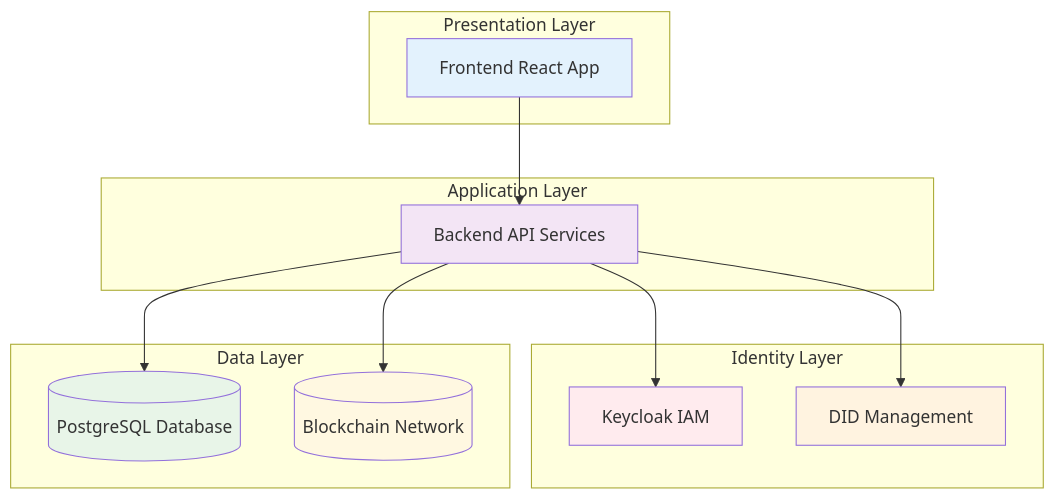
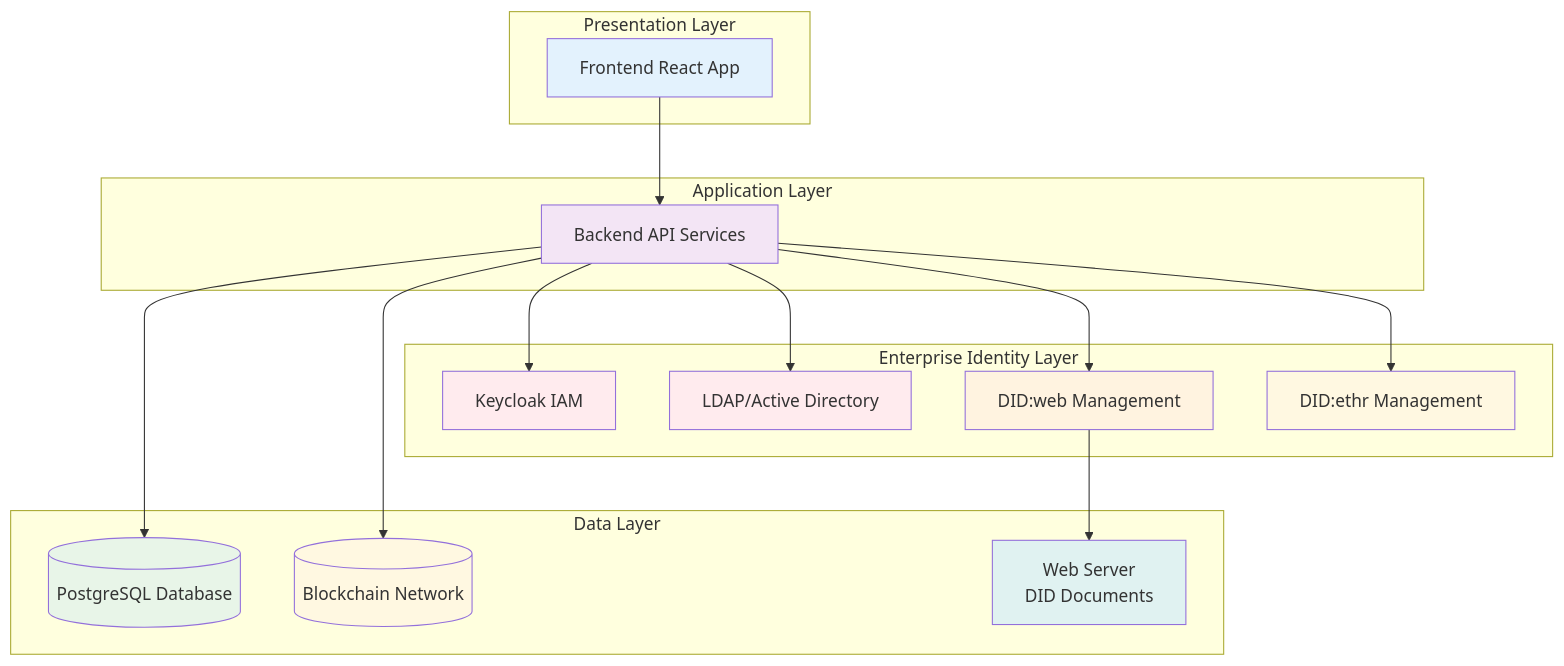
One commit to gitmujoshi/Confidential-AI-Network changed the first of 25 diagrams in ARCHITECTURE_GUIDE.md. Above: the diagram before and after it, drawn with Mermaid. The commit also changed other lines of this file and 18 other files, not shown here.

Commit message:
docs: update all architecture and IAM docs for enterprise did:web strategy, add enterprise implementation guide

````diff
--- a/ARCHITECTURE_GUIDE.md
+++ b/ARCHITECTURE_GUIDE.md
@@ -32,33 +35,42 @@
 ```mermaid
 graph TB
     subgraph "Presentation Layer"
         FE[Frontend React App]
     end
     
     subgraph "Application Layer"
         BE[Backend API Services]
     end
     
-    subgraph "Identity Layer"
+    subgraph "Enterprise Identity Layer"
         IAM[Keycloak IAM]
-        DID[DID Management]
+        LDAP[LDAP/Active Directory]
+        DID_WEB[DID:web Management]
+        DID_ETHR[DID:ethr Management]
     end
     
     subgraph "Data Layer"
         DB[(PostgreSQL Database)]
         BC[(Blockchain Network)]
+        WEB_SERVER[Web Server<br/>DID Documents]
     end
     
     FE --> BE
     BE --> IAM
-    BE --> DID
+    BE --> LDAP
+    BE --> DID_WEB
+    BE --> DID_ETHR
     BE --> DB
     BE --> BC
+    DID_WEB --> WEB_SERVER
     
     style FE fill:#e3f2fd
     style BE fill:#f3e5f5
     style IAM fill:#ffebee
-    style DID fill:#fff3e0
+    style LDAP fill:#ffebee
+    style DID_WEB fill:#fff3e0
+    style DID_ETHR fill:#fff8e1
     style DB fill:#e8f5e8
     style BC fill:#fff8e1
+    style WEB_SERVER fill:#e0f2f1
 ```
````
